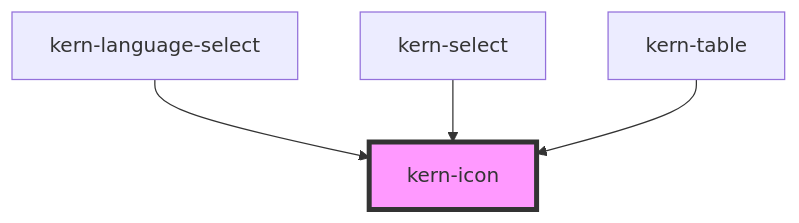
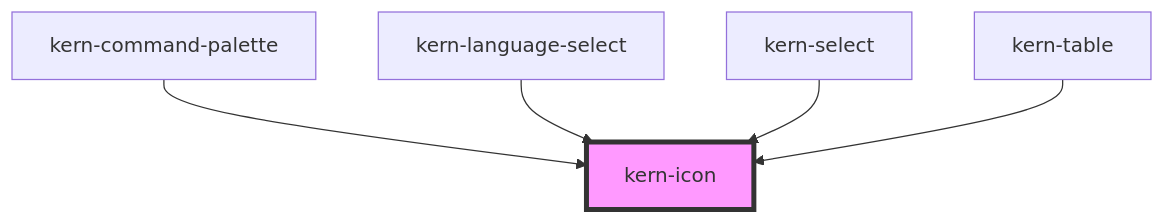
One commit to yfridelance/kern changed the diagram in src/components/kern-icon/readme.md. Above: the diagram before and after it, drawn with Mermaid. The commit also changed other lines of this file and 20 other files, not shown here.

First line of the commit message:
kern-command-palette: Seiten, Geräte und Aktionen per Tastatur finden

````diff
--- a/src/components/kern-icon/readme.md
+++ b/src/components/kern-icon/readme.md
@@ -107,7 +108,8 @@
 ```mermaid
 graph TD;
+  kern-command-palette --> kern-icon
   kern-language-select --> kern-icon
   kern-select --> kern-icon
   kern-table --> kern-icon
   style kern-icon fill:#f9f,stroke:#333,stroke-width:4px
 ```
````
